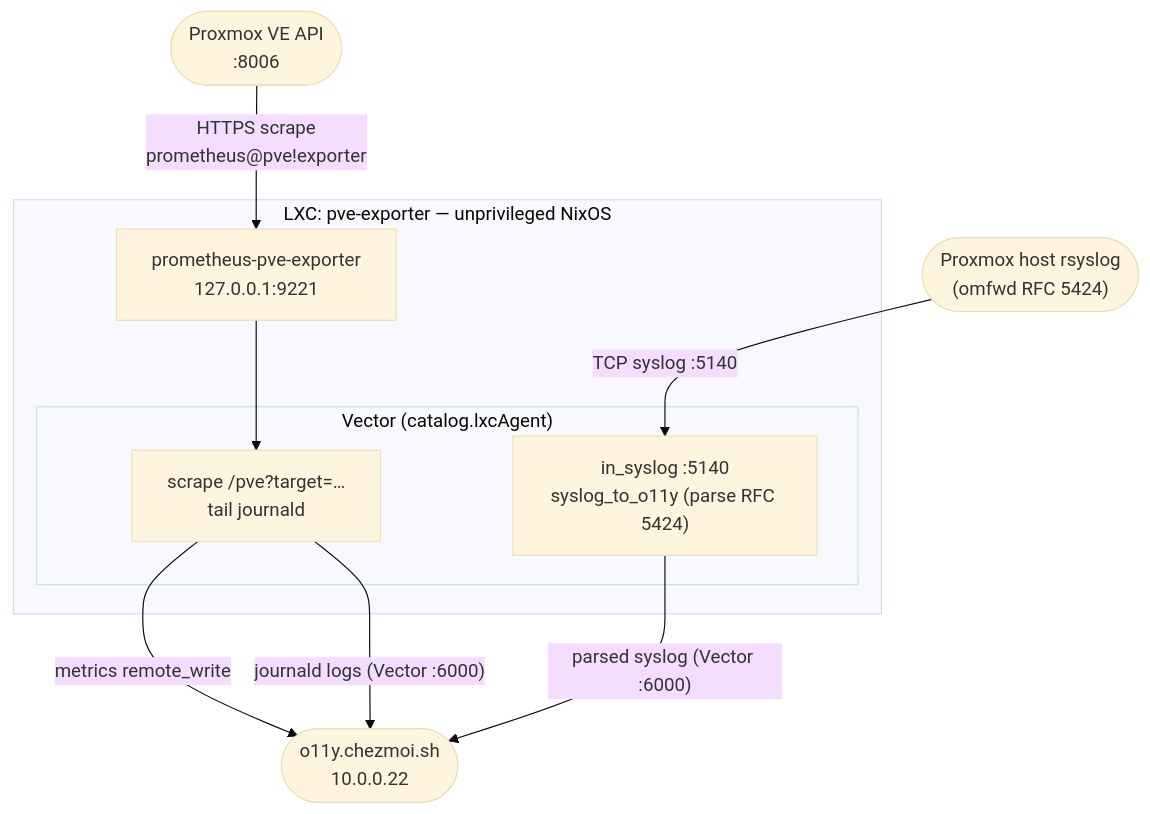
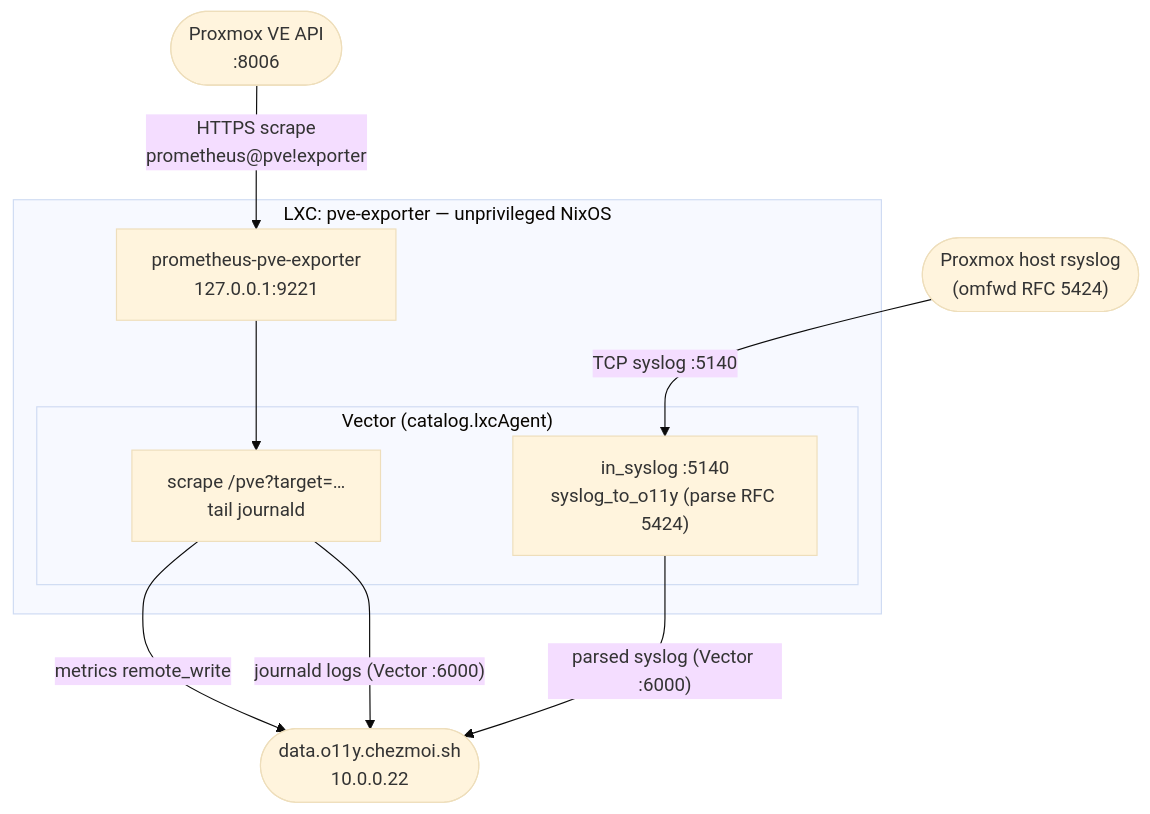
One commit to chezmoidotsh/arcane changed the diagram in projects/chezmoi.sh/src/infrastructure/proxmox/lxc/pve-exporter/README.md. Above: the diagram before and after it, drawn with Mermaid (base theme). The commit also changed other lines of this file and 21 other files, not shown here.

First line of the commit message:
>[project:chezmoi.sh,catalog:nix,gh]: Rename o11y.chezmoi.sh backend to data.o11y.chezmoi.sh

````diff
--- a/projects/chezmoi.sh/src/infrastructure/proxmox/lxc/pve-exporter/README.md
+++ b/projects/chezmoi.sh/src/infrastructure/proxmox/lxc/pve-exporter/README.md
@@ -32,21 +33,21 @@
 ```mermaid
 flowchart TB
     api(["Proxmox VE API<br/>:8006"])
     host(["Proxmox host rsyslog<br/>(omfwd RFC 5424)"])
-    o11y(["o11y.chezmoi.sh<br/>10.0.0.22"])
+    o11y(["data.o11y.chezmoi.sh<br/>10.0.0.22"])
 
     subgraph lxc["LXC: pve-exporter — unprivileged NixOS"]
         exp["prometheus-pve-exporter<br/>127.0.0.1:9221"]
         subgraph vector["Vector (catalog.lxcAgent)"]
             scrape["scrape /pve?target=&hellip;<br/>tail journald"]
             syslog["in_syslog :5140<br/>syslog_to_o11y (parse RFC 5424)"]
         end
     end
 
     api -->|"HTTPS scrape<br/>prometheus@pve!exporter"| exp
     exp --> scrape
     host -->|"TCP syslog :5140"| syslog
     scrape -->|"metrics remote_write"| o11y
     scrape -->|"journald logs (Vector :6000)"| o11y
     syslog -->|"parsed syslog (Vector :6000)"| o11y
 ```
````
